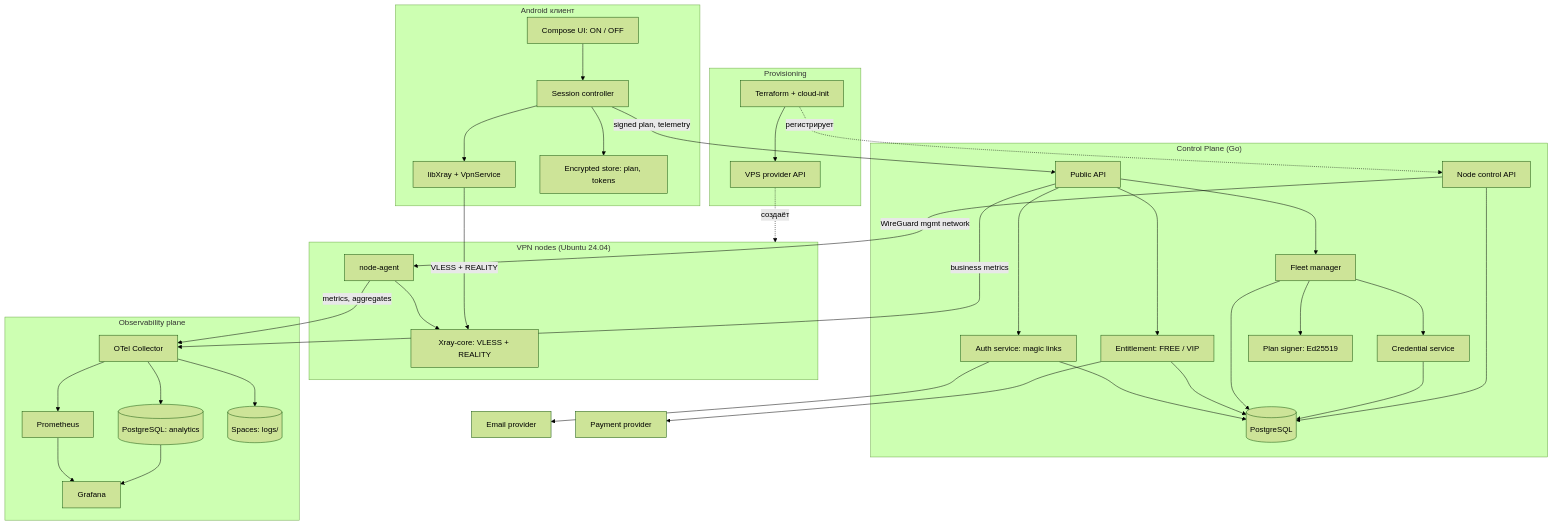
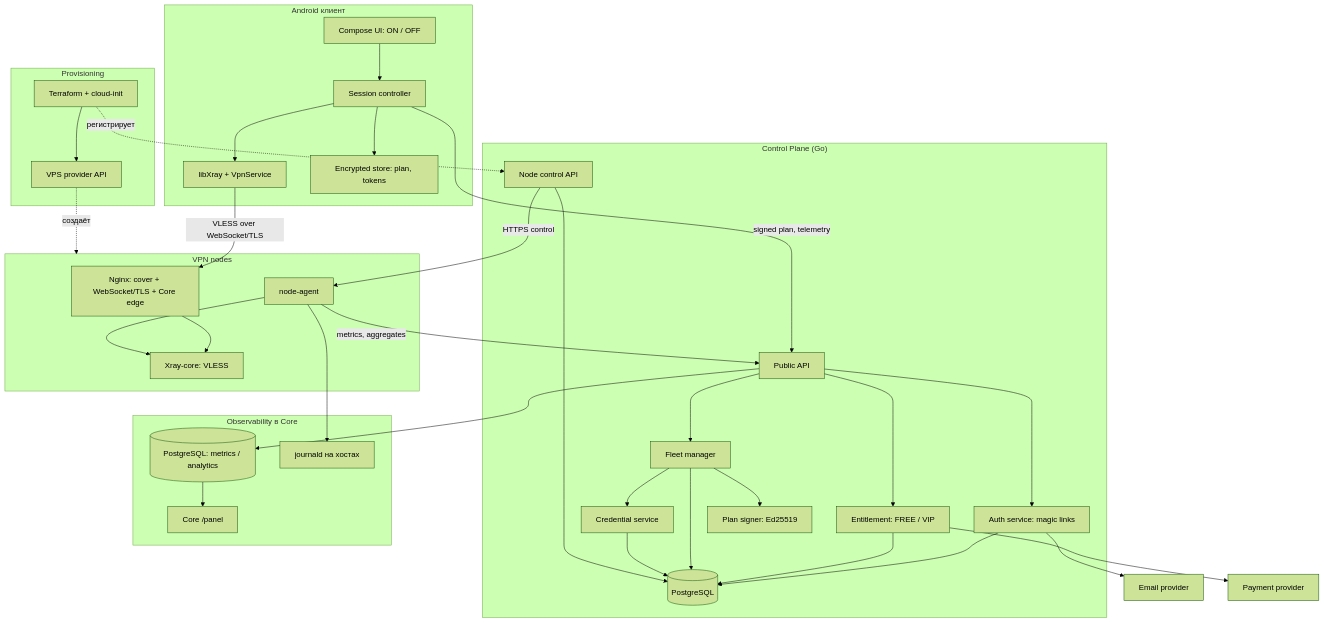
The first of 4 diagrams in docs/architecture/overview.md (ai-zaytsev/simple), drawn with Mermaid (forest theme) before and after one commit. The commit also changed other lines of this file and 35 other files, not shown here.

````diff
--- a/docs/architecture/overview.md
+++ b/docs/architecture/overview.md
@@ -20,71 +20,68 @@
 ```mermaid
 flowchart TB
     subgraph client["Android клиент"]
         UI["Compose UI: ON / OFF"]
         CORE["Session controller"]
         XRAY["libXray + VpnService"]
         STORE["Encrypted store: plan, tokens"]
         UI --> CORE
         CORE --> XRAY
         CORE --> STORE
     end
 
     subgraph cp["Control Plane (Go)"]
         API["Public API"]
         AUTH["Auth service: magic links"]
         ENT["Entitlement: FREE / VIP"]
         FLEET["Fleet manager"]
         CRED["Credential service"]
         PLAN["Plan signer: Ed25519"]
         NODEAPI["Node control API"]
         PG[("PostgreSQL")]
         API --> AUTH
         API --> ENT
         API --> FLEET
         FLEET --> CRED
         FLEET --> PLAN
         AUTH --> PG
         ENT --> PG
         FLEET --> PG
         CRED --> PG
         NODEAPI --> PG
     end
 
-    subgraph nodes["VPN nodes (Ubuntu 24.04)"]
-        XRAYN["Xray-core: VLESS + REALITY"]
+    subgraph nodes["VPN nodes"]
+        NGINX["Nginx: cover + WebSocket/TLS + Core edge"]
+        XRAYN["Xray-core: VLESS"]
         AGENT["node-agent"]
+        NGINX --> XRAYN
         AGENT --> XRAYN
     end
 
-    subgraph obs["Observability plane"]
-        OTEL["OTel Collector"]
-        PROM["Prometheus"]
-        AN[("PostgreSQL: analytics")]
-        ARCH[("Spaces: logs/")]
-        GRAF["Grafana"]
-        OTEL --> PROM
-        OTEL --> AN
-        OTEL --> ARCH
-        PROM --> GRAF
-        AN --> GRAF
+    subgraph obs["Observability в Core"]
+        METRICS[("PostgreSQL: metrics / analytics")]
+        PANEL["Core /panel"]
+        JOURNAL["journald на хостах"]
+        METRICS --> PANEL
     end
 
     subgraph prov["Provisioning"]
         TF["Terraform + cloud-init"]
         VPSAPI["VPS provider API"]
         TF --> VPSAPI
     end
 
     EMAIL["Email provider"]
     PAY["Payment provider"]
 
     CORE -->|"signed plan, telemetry"| API
-    XRAY -->|"VLESS + REALITY"| XRAYN
+    XRAY -->|"VLESS over WebSocket/TLS"| NGINX
     AUTH --> EMAIL
     ENT --> PAY
-    NODEAPI -->|"WireGuard mgmt network"| AGENT
-    AGENT -->|"metrics, aggregates"| OTEL
-    API -->|"business metrics"| OTEL
+    NODEAPI -->|"HTTPS control"| AGENT
+    AGENT -->|"metrics, aggregates"| API
+    API --> METRICS
+    AGENT --> JOURNAL
     VPSAPI -.->|"создаёт"| nodes
     TF -.->|"регистрирует"| NODEAPI
 ```
````
